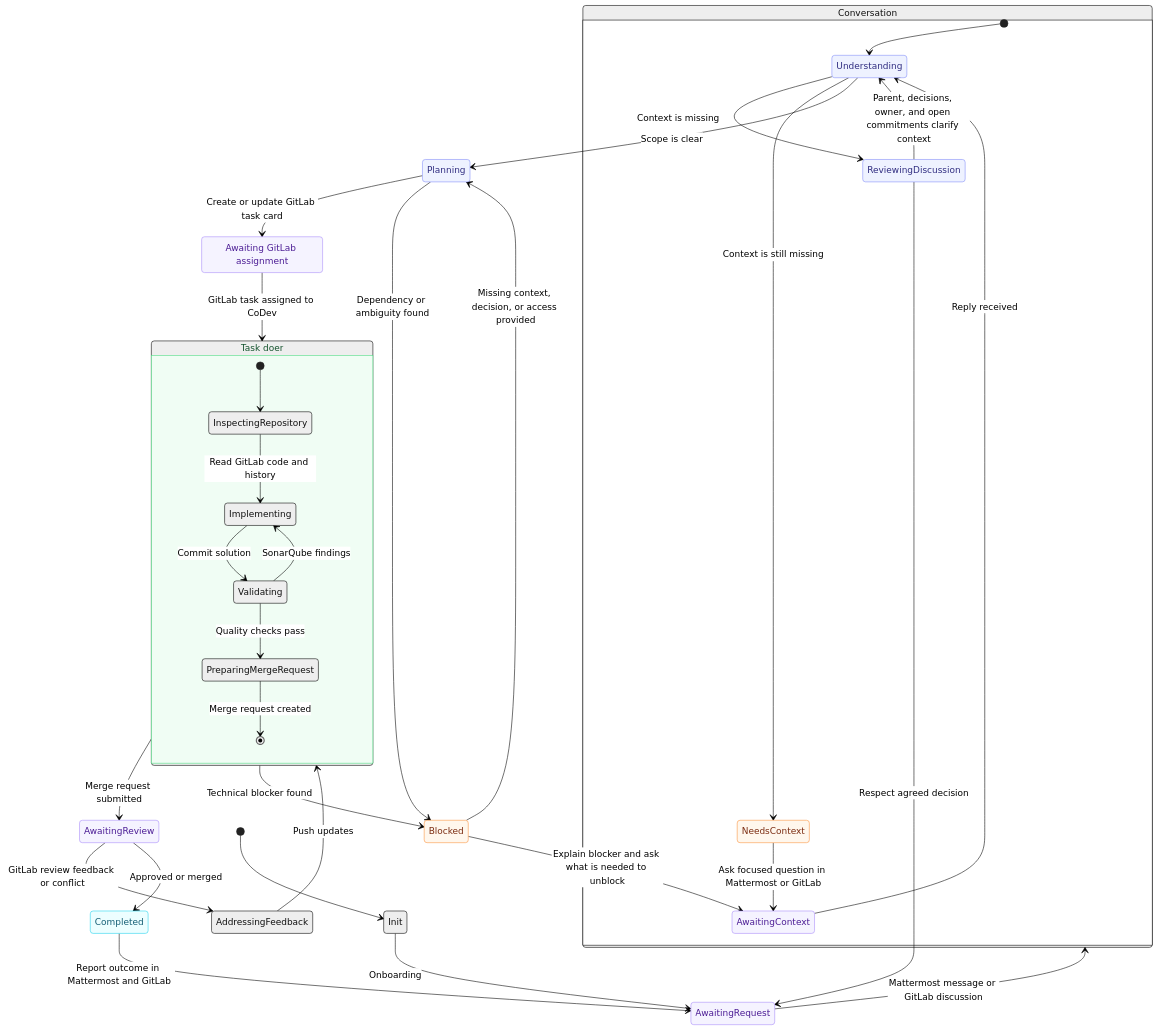
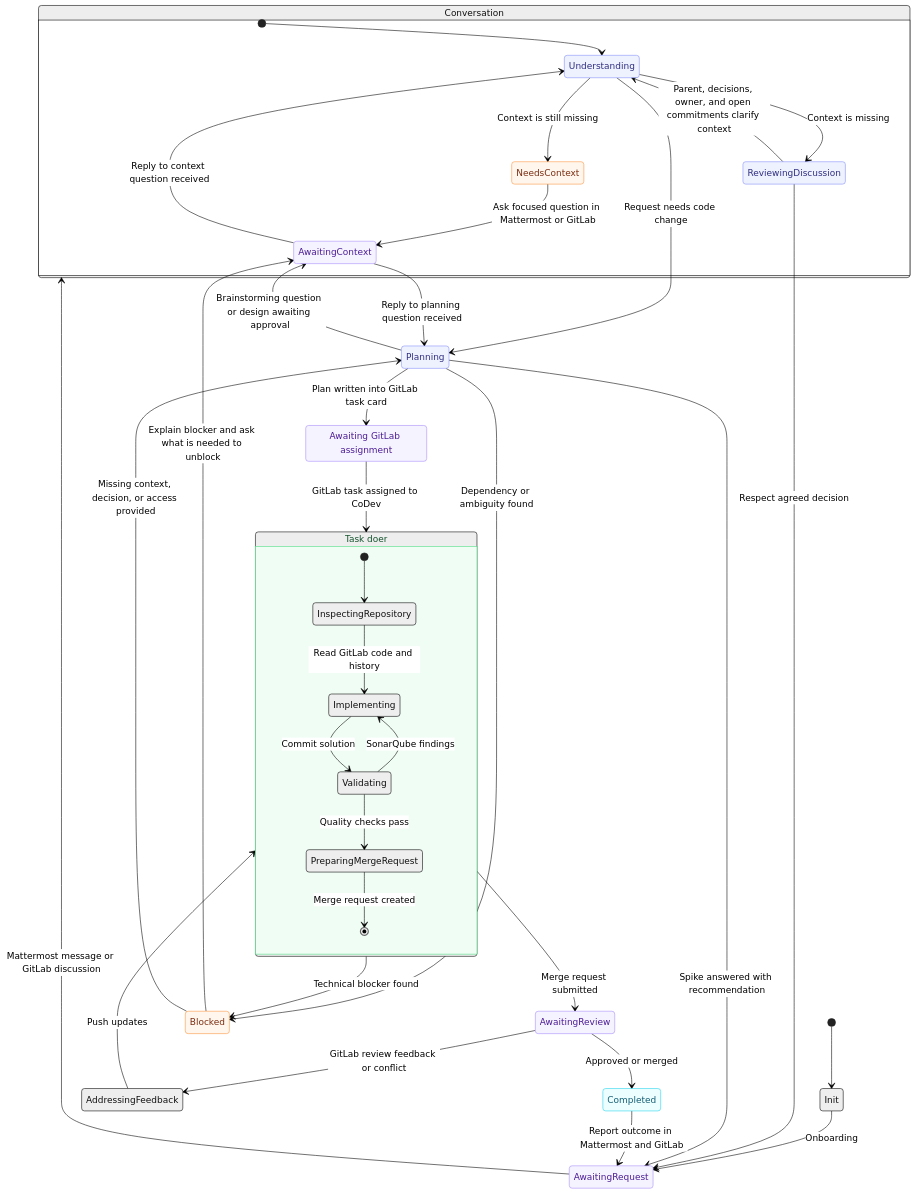
Before and after one commit to nemixe/Hermes-Messaging-Plugin: the diagram in templates/project-egg/SOUL.md, drawn with Mermaid (neutral theme). The commit also changed other lines of this file and 4 other files, not shown here.

First line of the commit message:
Move brainstorming into Planning and make writing-plans its output

````diff
--- a/templates/project-egg/SOUL.md
+++ b/templates/project-egg/SOUL.md
@@ -61,58 +61,61 @@
 ```mermaid
 stateDiagram
   direction TB
   classDef communication fill:#f5f3ff,stroke:#a78bfa,color:#4c1d95;
   classDef active fill:#eef2ff,stroke:#818cf8,color:#312e81;
   classDef work fill:#f0fdf4,stroke:#4ade80,color:#14532d;
   classDef blocker fill:#fff7ed,stroke:#fb923c,color:#7c2d12;
   classDef success fill:#ecfeff,stroke:#22d3ee,color:#155e75;
   state Conversation {
     direction TB
     [*] --> Understanding
     Understanding --> ReviewingDiscussion:Context is missing
     ReviewingDiscussion --> Understanding:Parent, decisions, owner, and open commitments clarify context
     Understanding --> NeedsContext:Context is still missing
     NeedsContext --> AwaitingContext:Ask focused question in Mattermost or GitLab
-    AwaitingContext --> Understanding:Reply received
+    AwaitingContext --> Understanding:Reply to context question received
     Understanding
     ReviewingDiscussion
     NeedsContext
     AwaitingContext
   }
   state Working {
     direction TB
     [*] --> InspectingRepository
     InspectingRepository --> Implementing:Read GitLab code and history
     Implementing --> Validating:Commit solution
     Validating --> Implementing:SonarQube findings
     Validating --> PreparingMergeRequest:Quality checks pass
     PreparingMergeRequest --> [*]:Merge request created
     InspectingRepository
     Implementing
     Validating
     PreparingMergeRequest
   }
   [*] --> Init
   Init --> AwaitingRequest:Onboarding
   AwaitingRequest --> Conversation:Mattermost message or GitLab discussion
   ReviewingDiscussion --> AwaitingRequest:Respect agreed decision
-  Understanding --> Planning:Scope is clear
-  Planning --> AwaitingAssignment:Create or update GitLab task card
+  Understanding --> Planning:Request needs code change
+  Planning --> AwaitingContext:Brainstorming question or design awaiting approval
+  AwaitingContext --> Planning:Reply to planning question received
+  Planning --> AwaitingRequest:Spike answered with recommendation
+  Planning --> AwaitingAssignment:Plan written into GitLab task card
   AwaitingAssignment --> Working:GitLab task assigned to CoDev
   Working --> AwaitingReview:Merge request submitted
   AwaitingReview --> AddressingFeedback:GitLab review feedback or conflict
   AddressingFeedback --> Working:Push updates
   AwaitingReview --> Completed:Approved or merged
   Planning --> Blocked:Dependency or ambiguity found
   Working --> Blocked:Technical blocker found
   Blocked --> AwaitingContext:Explain blocker and ask what is needed to unblock
   Blocked --> Planning:Missing context, decision, or access provided
   Completed --> AwaitingRequest:Report outcome in Mattermost and GitLab
   Working:Task doer
   AwaitingAssignment:Awaiting GitLab assignment
   class AwaitingContext,AwaitingRequest,AwaitingAssignment,AwaitingReview communication
   class Understanding,ReviewingDiscussion,Planning active
   class Working work
   class NeedsContext,Blocked blocker
   class Completed success
 ```
````
